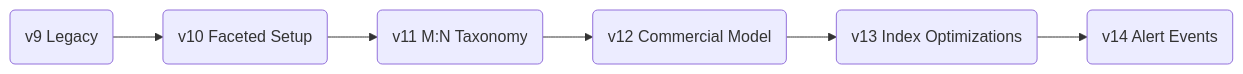
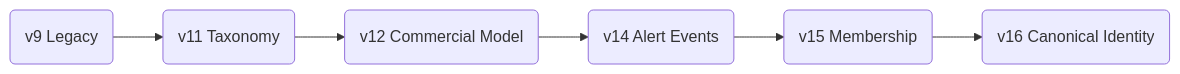
One commit to yorologo/DealHunter changed the third of 3 diagrams in docs/ARCHITECTURE.md. Above: the diagram before and after it, drawn with Mermaid. The commit also changed other lines of this file and 2 other files, not shown here.

Commit message:
docs: finalize architecture diagrams and versioning for pre-main promotion

````diff
--- a/docs/ARCHITECTURE.md
+++ b/docs/ARCHITECTURE.md
@@ -28,8 +24,8 @@
 ```mermaid
 graph LR
-    V9(v9 Legacy) --> V10(v10 Faceted Setup)
-    V10 --> V11(v11 M:N Taxonomy)
+    V9(v9 Legacy) --> V11(v11 Taxonomy)
     V11 --> V12(v12 Commercial Model)
-    V12 --> V13(v13 Index Optimizations)
-    V13 --> V14(v14 Alert Events)
+    V12 --> V14(v14 Alert Events)
+    V14 --> V15(v15 Membership)
+    V15 --> V16(v16 Canonical Identity)
 ```
````
